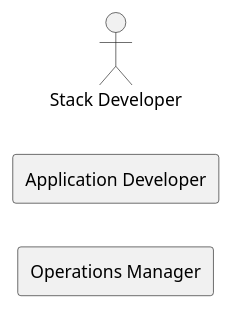
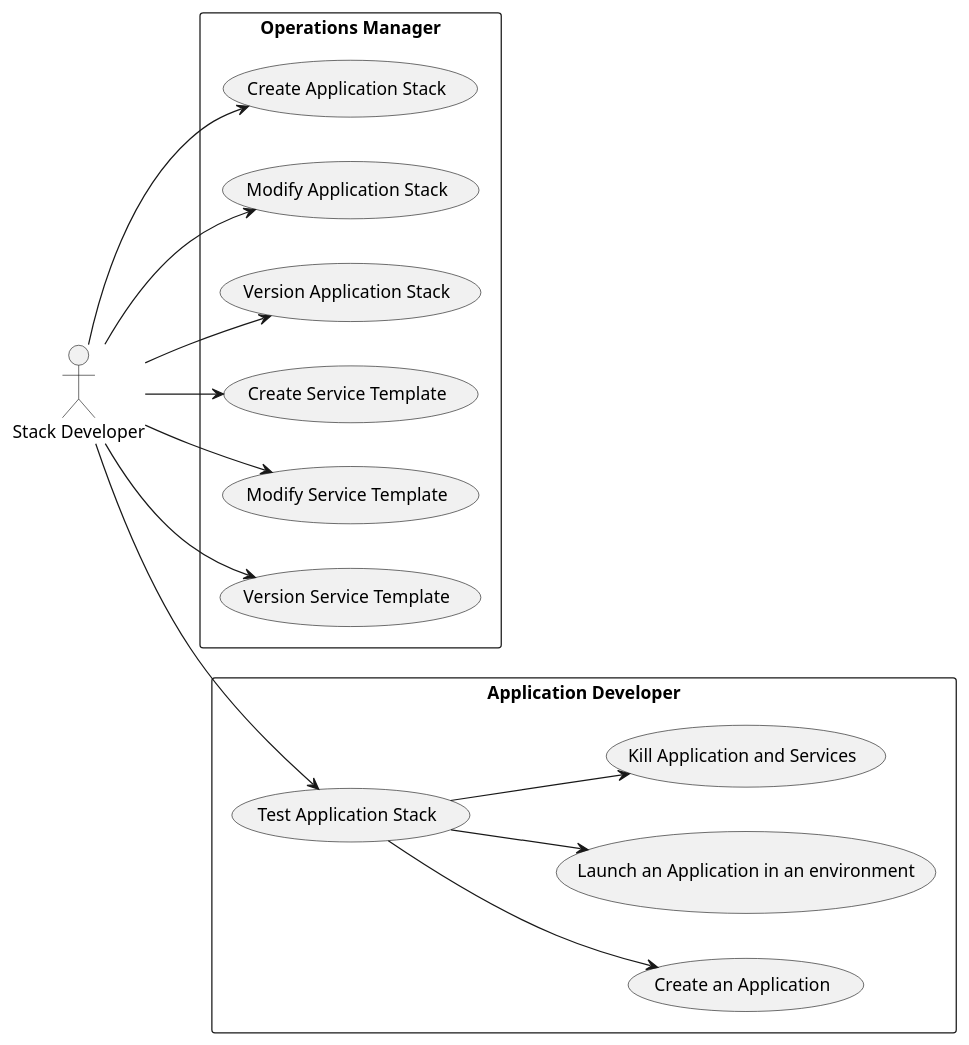
One commit to CAADE/C3 changed the diagram in design/Actors/StackDeveloper/UseCases.puml. Above: the diagram before and after it, drawn with PlantUML. The commit also changed 89 other files, not shown here.

Commit message:
Add Details for Actors and generate UML diagrams

```diff
--- a/design/Actors/StackDeveloper/UseCases.puml
+++ b/design/Actors/StackDeveloper/UseCases.puml
@@ -1,15 +1,23 @@
 @startuml
 left to right direction
 
 :Stack Developer: as Admin
 
 
 rectangle "Operations Manager" {
-
+  Admin --> (Create Application Stack)
+  Admin --> (Modify Application Stack)
+  Admin --> (Version Application Stack)
+  Admin --> (Create Service Template)
+  Admin --> (Modify Service Template)
+  Admin --> (Version Service Template)
 }
 
 rectangle "Application Developer" {
-
+  Admin --> (Test Application Stack)
+  (Test Application Stack) --> (Create an Application)
+  (Test Application Stack) --> (Launch an Application in an environment)
+  (Test Application Stack) --> (Kill Application and Services)
 }
 
 @enduml
```
